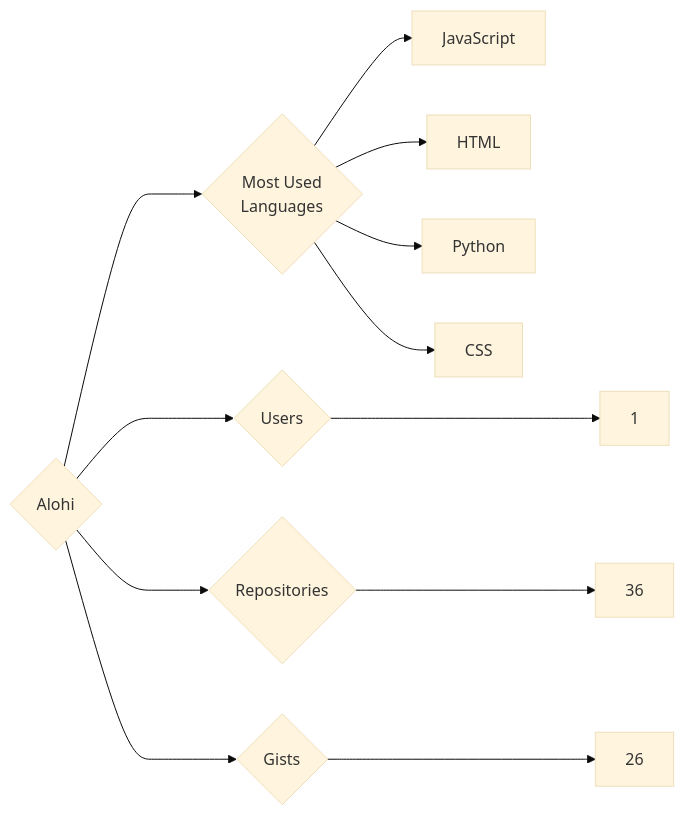
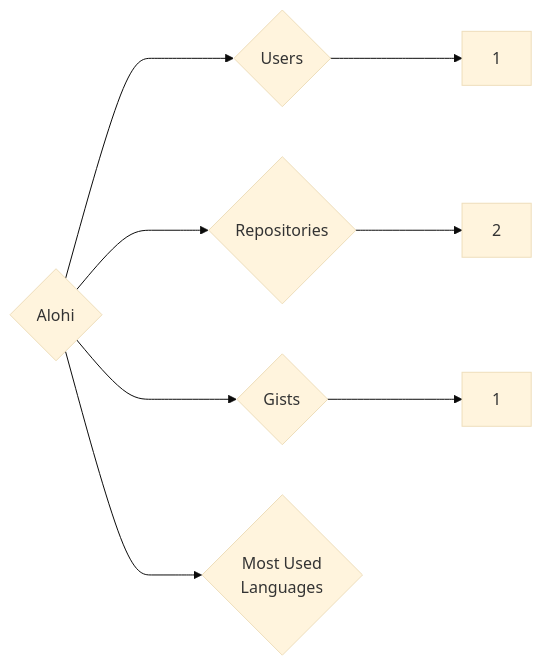
The diagram in targets/Alohi/README.md (trickest/insiders), drawn with Mermaid (base theme) before and after one commit. The commit also changed 782 other files, not shown here.

````diff
--- a/targets/Alohi/README.md
+++ b/targets/Alohi/README.md
@@ -3,12 +3,8 @@
 ```mermaid
 graph LR
 COMPANY_NAME{Alohi}
 COMPANY_NAME ---> U{Users} ---> UN[1]
-COMPANY_NAME ---> R{Repositories} ---> RN[36]
-COMPANY_NAME ---> G{Gists} ---> GN[26]
+COMPANY_NAME ---> R{Repositories} ---> RN[2]
+COMPANY_NAME ---> G{Gists} ---> GN[1]
 COMPANY_NAME ---> ML{Most Used<br>Languages}
-ML --> JavaScript[JavaScript]
-ML --> HTML[HTML]
-ML --> Python[Python]
-ML --> CSS[CSS]
 ```
````
